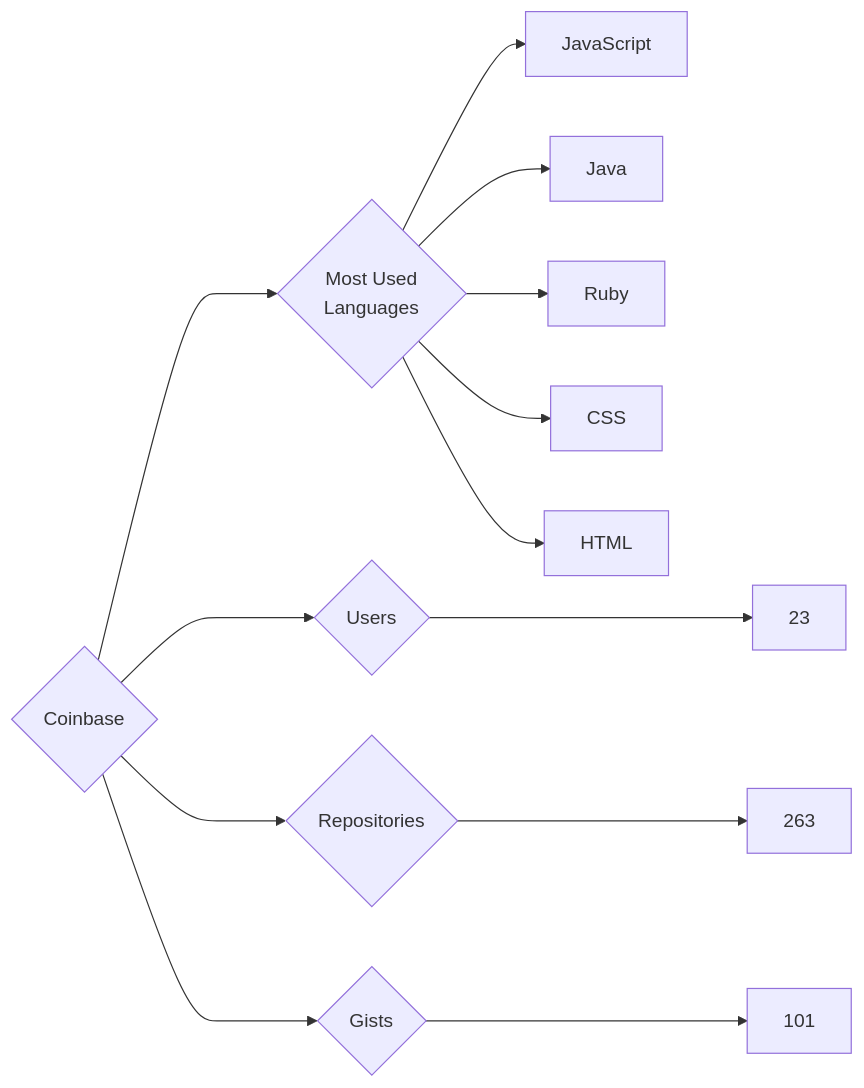
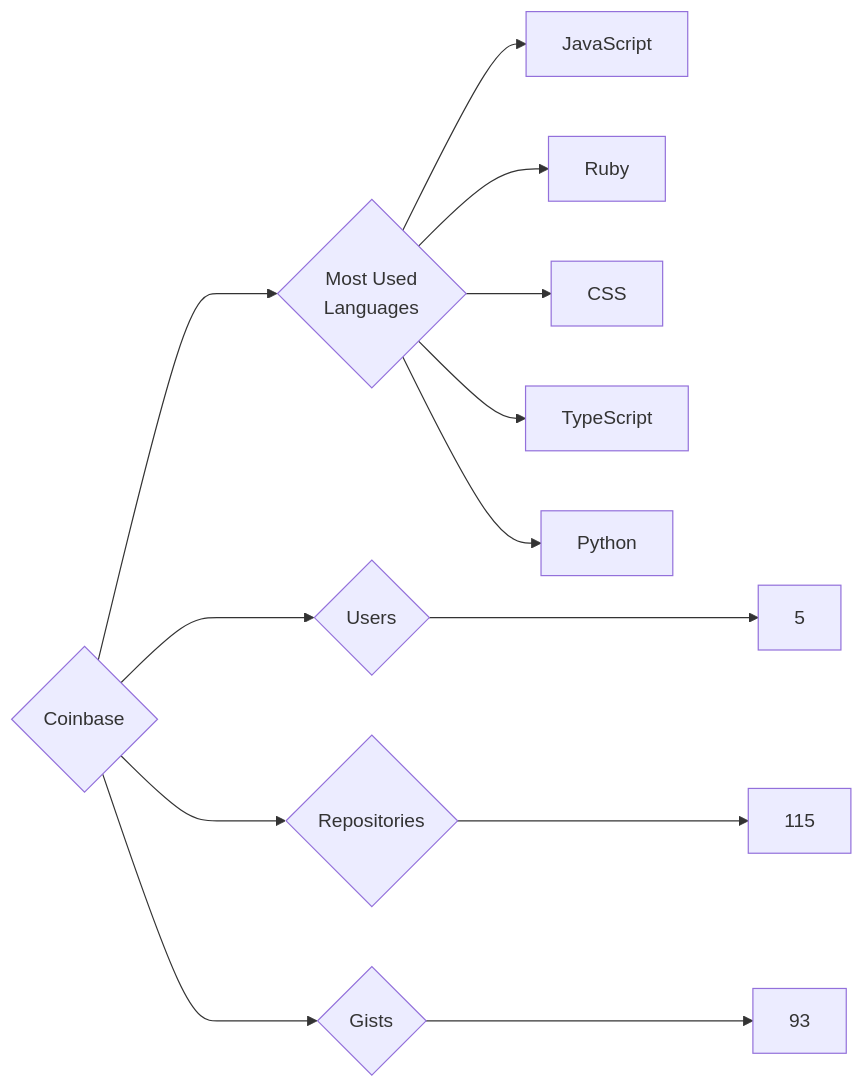
The diagram in targets/Coinbase/README.md (trickest/insiders), drawn with Mermaid before and after one commit. The commit also changed 745 other files, not shown here.

````diff
--- a/targets/Coinbase/README.md
+++ b/targets/Coinbase/README.md
@@ -3,13 +3,13 @@
 ```mermaid
 graph LR
 COMPANY_NAME{Coinbase}
-COMPANY_NAME ---> U{Users} ---> UN[23]
-COMPANY_NAME ---> R{Repositories} ---> RN[263]
-COMPANY_NAME ---> G{Gists} ---> GN[101]
+COMPANY_NAME ---> U{Users} ---> UN[5]
+COMPANY_NAME ---> R{Repositories} ---> RN[115]
+COMPANY_NAME ---> G{Gists} ---> GN[93]
 COMPANY_NAME ---> ML{Most Used<br>Languages}
 ML --> JavaScript[JavaScript]
-ML --> Java[Java]
 ML --> Ruby[Ruby]
 ML --> CSS[CSS]
-ML --> HTML[HTML]
+ML --> TypeScript[TypeScript]
+ML --> Python[Python]
 ```
````
